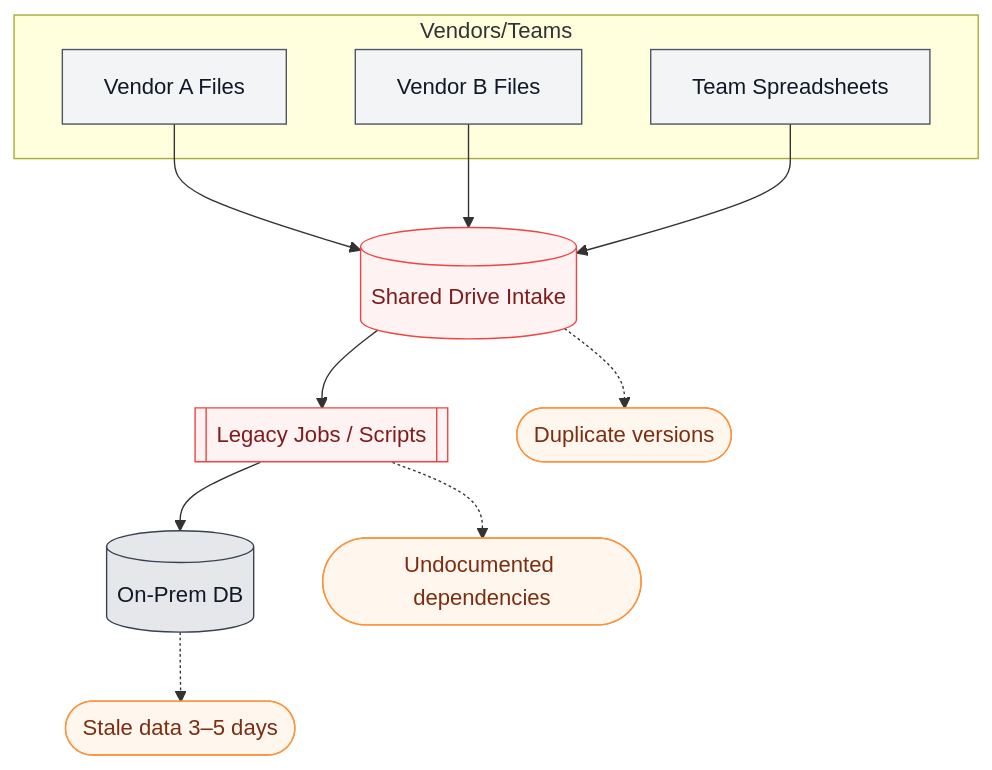
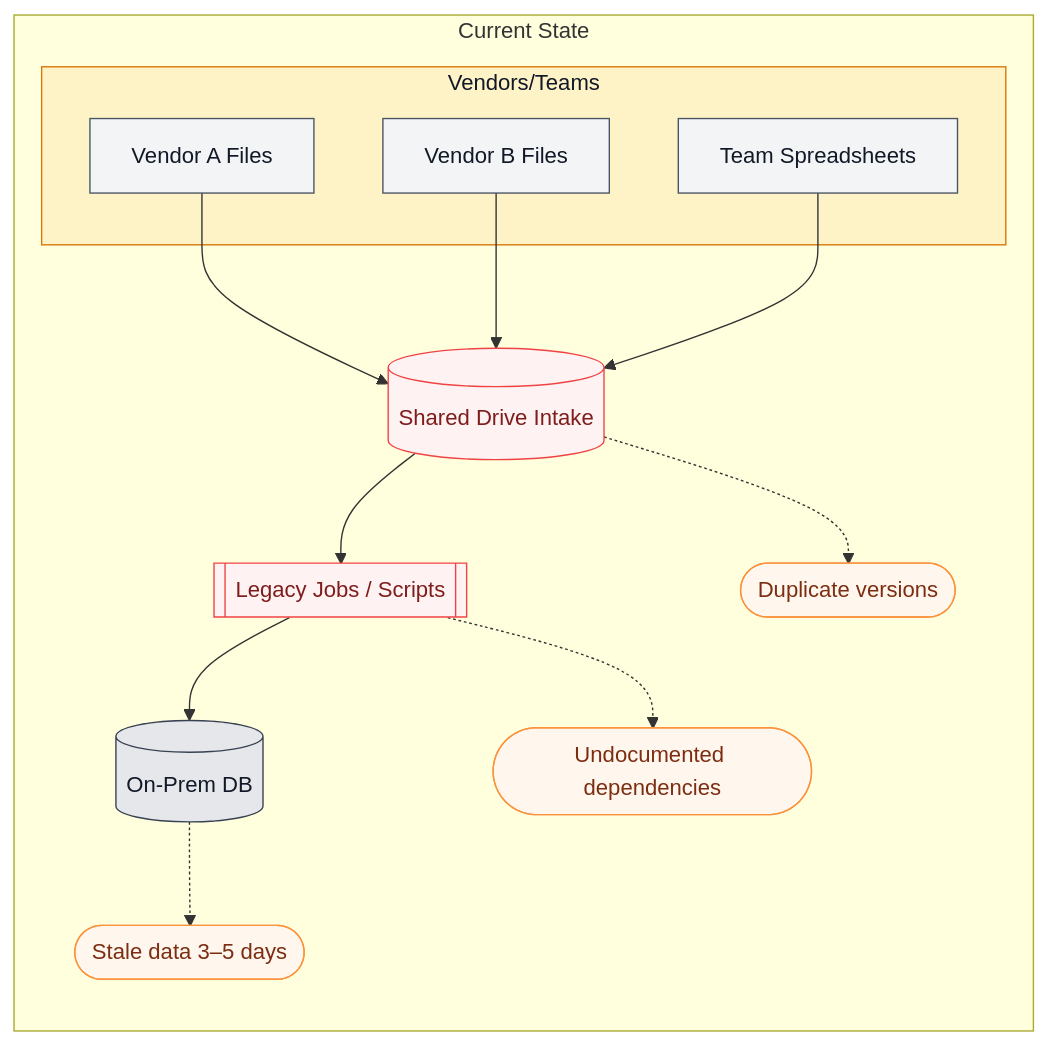
Before and after one commit to mlogan914/mlogan914.github.io: the first of 2 diagrams in _pages/services.md, drawn with Mermaid. The commit also changed other lines of this file, not shown here.

````diff
--- a/_pages/services.md
+++ b/_pages/services.md
@@ -48,33 +48,38 @@
 ```mermaid
-%%{init: {'theme': 'default', 'themeVariables': { 'background': '#f9fafb' }}}%%
 flowchart TD
+  classDef bg fill:#f9fafb,stroke:#f9fafb,stroke-width:0px
   classDef bad fill:#fef2f2,stroke:#ef4444,color:#7f1d1d
   classDef neutral fill:#f3f4f6,stroke:#4b5563,color:#111827
   classDef store fill:#e5e7eb,stroke:#374151,color:#111827
   classDef pain fill:#fff7ed,stroke:#fb923c,color:#7c2d12
 
-  subgraph Vendors/Teams
-    V1[Vendor A Files]:::neutral
-    V2[Vendor B Files]:::neutral
-    T1[Team Spreadsheets]:::neutral
+  subgraph Current State
+    class Canvas bg
+    direction TB
+
+    subgraph Vendors[ Vendors/Teams ]
+      V1[Vendor A Files]:::neutral
+      V2[Vendor B Files]:::neutral
+      T1[Team Spreadsheets]:::neutral
+    end
+    style Vendors fill:#fef3c7,stroke:#d97706,stroke-width:1px,color:#111827
+
+    SD[(Shared Drive Intake)]:::bad
+    LJ[[Legacy Jobs / Scripts]]:::bad
+    OP[(On-Prem DB)]:::store
+
+    V1 --> SD
+    V2 --> SD
+    T1 --> SD
+    SD --> LJ
+    LJ --> OP
+
+    P1([Duplicate versions]):::pain
+    P2([Undocumented dependencies]):::pain
+    P3([Stale data 3–5 days]):::pain
+
+    SD -.-> P1
+    LJ -.-> P2
+    OP -.-> P3
   end
-
-  SD[(Shared Drive Intake)]:::bad
-  LJ[[Legacy Jobs / Scripts]]:::bad
-  OP[(On-Prem DB)]:::store
-
-  V1 --> SD
-  V2 --> SD
-  T1 --> SD
-  SD --> LJ
-  LJ --> OP
-
-  P1([Duplicate versions]):::pain
-  P2([Undocumented dependencies]):::pain
-  P3([Stale data 3–5 days]):::pain
-
-  SD -.-> P1
-  LJ -.-> P2
-  OP -.-> P3
-
 ```
````
